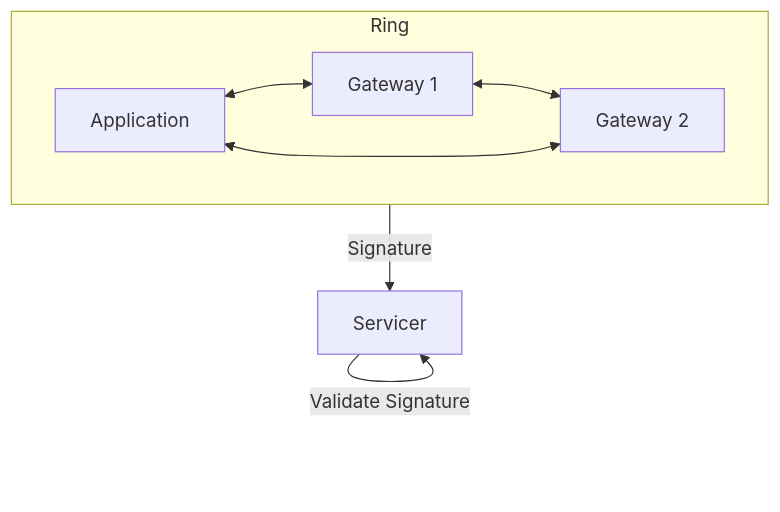
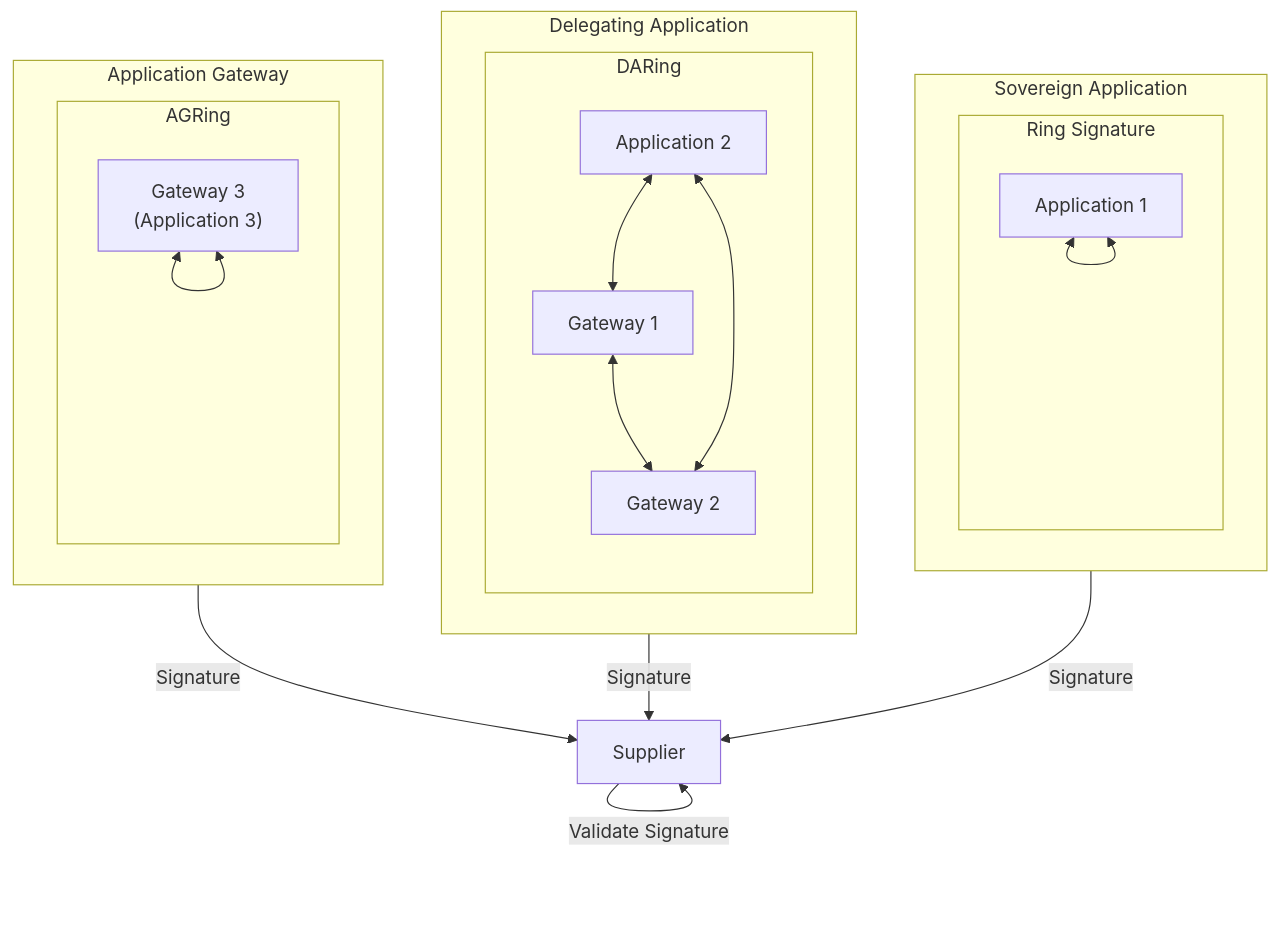
One commit to pokt-network/poktroll changed the fifth of 6 diagrams in docusaurus/docs/protocol/gateways.md. Above: the diagram before and after it, drawn with Mermaid. The commit also changed other lines of this file and 3 other files, not shown here.

````diff
--- a/docusaurus/docs/protocol/gateways.md
+++ b/docusaurus/docs/protocol/gateways.md
@@ -116,10 +208,36 @@
 ```mermaid
 flowchart
-    subgraph Ring
-        Application <--> P1["Gateway 1"]
-        P1 <--> P2["Gateway 2"]
-        P2 <--> Application
+    S[Supplier]
+
+    subgraph SA[Sovereign Application]
+        subgraph SARing[Ring Signature]
+            A1[Application 1]
+            A1 <--> A1
+        end
     end
-    Ring --Signature--> Servicer
-    Servicer--Validate Signature-->Servicer
+
+    subgraph DA[Delegating Application]
+        subgraph DARing
+            A2[Application 2]
+            G1[Gateway 1]
+            G2[Gateway 2]
+            A2 <--> G1
+            G1 <--> G2
+            G2 <--> A2
+        end
+    end
+
+    subgraph AG[Application Gateway]
+        subgraph AGRing
+            G3["Gateway 3<br>(Application 3)"]
+            G3 <--> G3
+        end
+    end
+
+
+    AG --Signature--> S
+    DA --Signature--> S
+    SA --Signature--> S
+
+    S-->|Validate Signature| S
 ```
````
